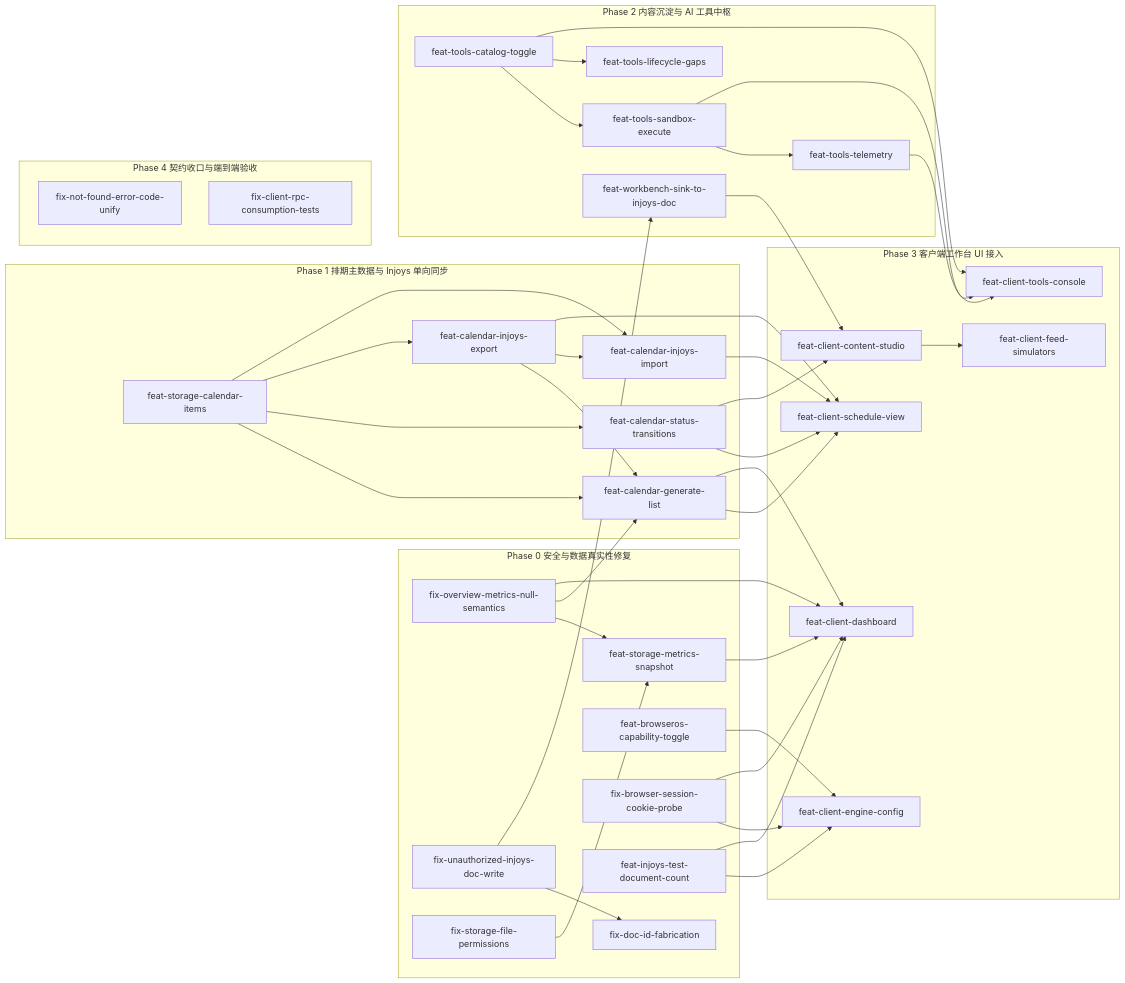
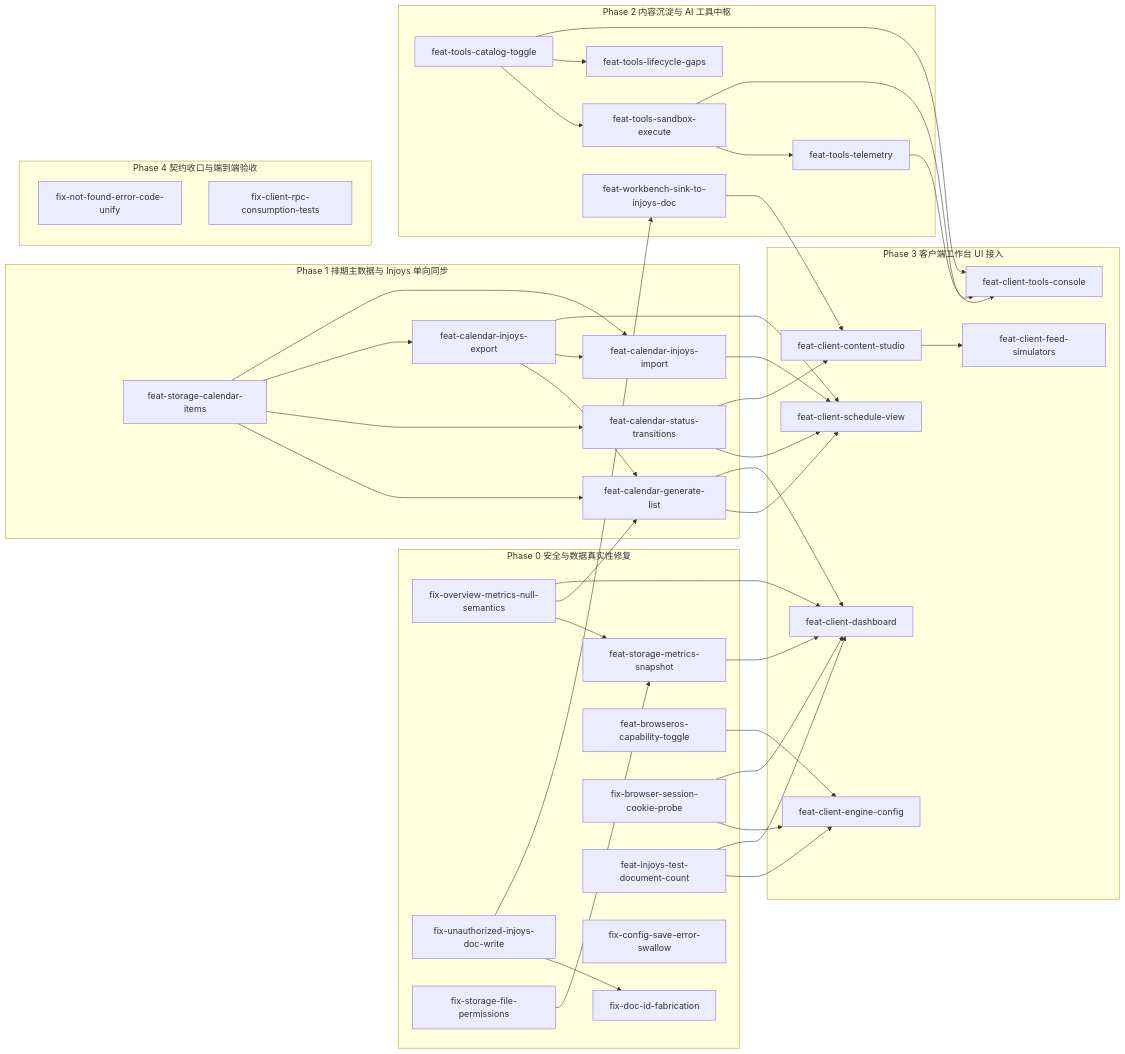
Before and after one commit to InJoysAI/dsh-growth-studio: the diagram in openspec/proposal-roadmap.md, drawn with Mermaid. The commit also changed other lines of this file and 6 other files, not shown here.

````diff
--- a/openspec/proposal-roadmap.md
+++ b/openspec/proposal-roadmap.md
@@ -63,75 +63,76 @@
 ```mermaid
 graph LR
     subgraph P0["Phase 0 安全与数据真实性修复"]
         A1["fix-overview-metrics-null-semantics"]
         A2["feat-storage-metrics-snapshot"]
         A3["fix-unauthorized-injoys-doc-write"]
         A4["fix-doc-id-fabrication"]
         A5["feat-browseros-capability-toggle"]
         A6["fix-browser-session-cookie-probe"]
         A7["fix-storage-file-permissions"]
         A8["feat-injoys-test-document-count"]
+        A9["fix-config-save-error-swallow"]
     end
     subgraph P1["Phase 1 排期主数据与 Injoys 单向同步"]
         B1["feat-storage-calendar-items"]
         B2["feat-calendar-generate-list"]
         B3["feat-calendar-status-transitions"]
         B4["feat-calendar-injoys-export"]
         B5["feat-calendar-injoys-import"]
     end
     subgraph P2["Phase 2 内容沉淀与 AI 工具中枢"]
         C1["feat-workbench-sink-to-injoys-doc"]
         C2["feat-tools-catalog-toggle"]
         C3["feat-tools-sandbox-execute"]
         C4["feat-tools-telemetry"]
         C5["feat-tools-lifecycle-gaps"]
     end
     subgraph P3["Phase 3 客户端工作台 UI 接入"]
         D1["feat-client-engine-config"]
         D2["feat-client-dashboard"]
         D3["feat-client-content-studio"]
         D4["feat-client-feed-simulators"]
         D5["feat-client-schedule-view"]
         D6["feat-client-tools-console"]
     end
     subgraph P4["Phase 4 契约收口与端到端验收"]
         E1["fix-not-found-error-code-unify"]
         E2["fix-client-rpc-consumption-tests"]
     end
 
     A1 --> A2
     A7 --> A2
     A1 --> B2
     A1 --> D2
     A2 --> D2
     A3 --> A4
     A3 --> C1
     A5 --> D1
     A6 --> D1
     A6 --> D2
     A8 --> D1
     A8 --> D2
 
     B1 --> B2
     B1 --> B3
     B1 --> B4
     B4 --> B2
     B4 --> B5
     B1 --> B5
     B2 --> D5
     B2 --> D2
     B3 --> D5
     B3 --> D3
     B4 --> D5
     B5 --> D5
 
     C1 --> D3
     C2 --> C3
     C2 --> C5
     C2 --> D6
     C3 --> C4
     C3 --> D6
     C4 --> D6
 
     D3 --> D4
 ```
````
